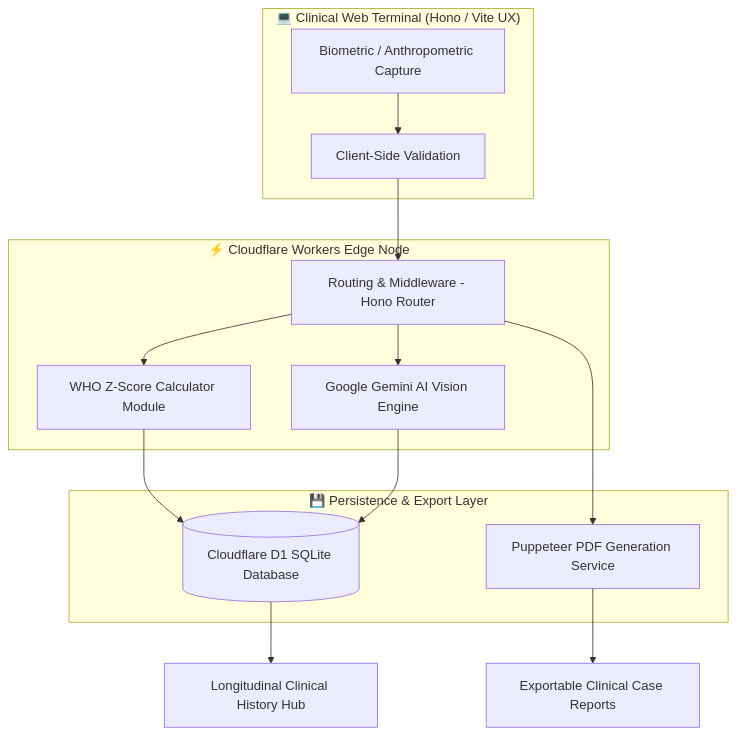
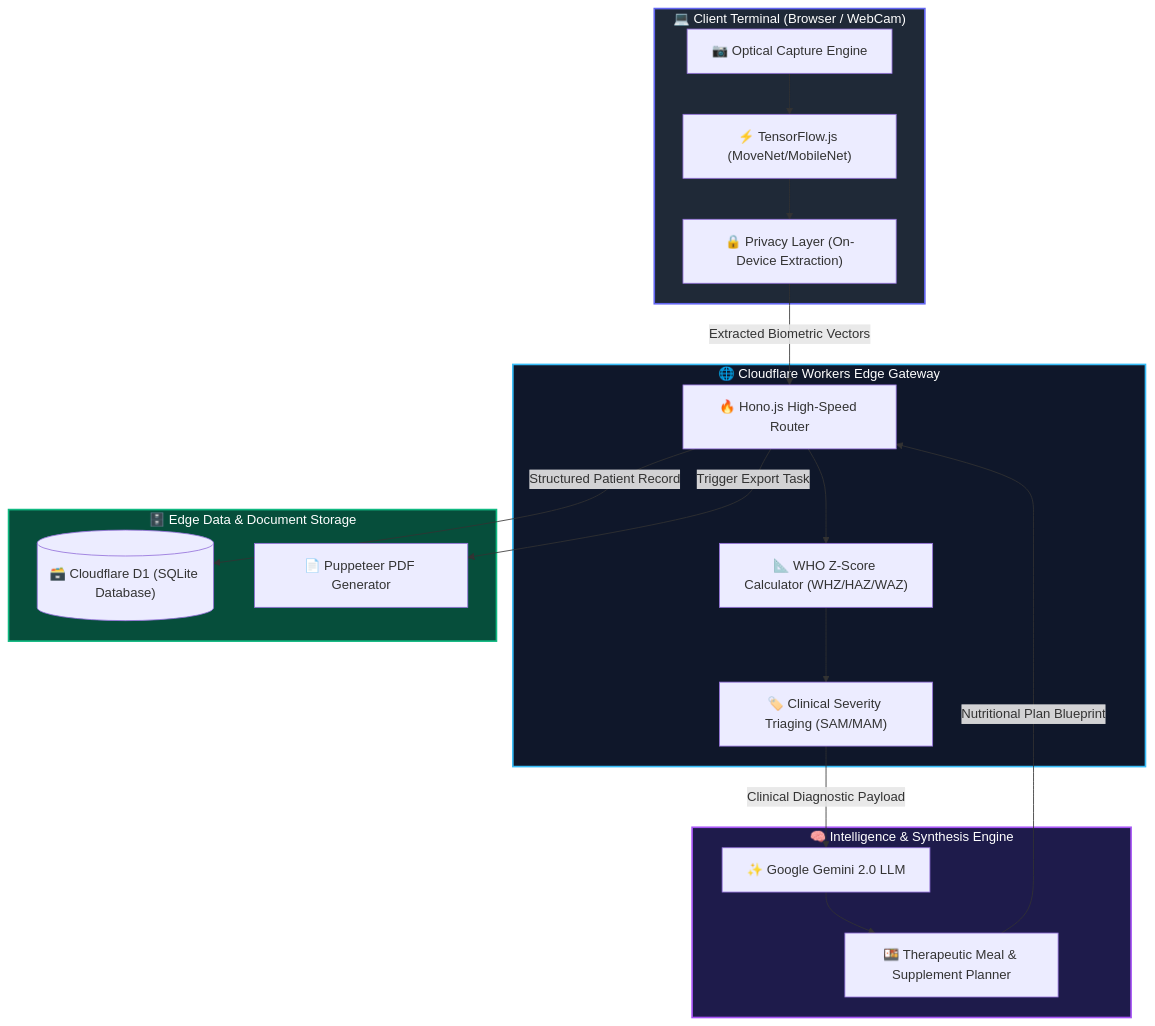
The diagram in README.md (vigneshaadepu/Nutriscan_AI), drawn with Mermaid before and after one commit. The commit also changed other lines of this file, not shown here.

````diff
--- a/README.md
+++ b/README.md
@@ -82,20 +95,44 @@
 ```mermaid
 flowchart TD
-    subgraph Client["💻 Clinical Web Terminal (Hono / Vite UX)"]
-        A[Biometric / Anthropometric Capture] --> B[Client-Side Validation]
+    %% Styling Definitions
+    classDef client fill:#1f2937,stroke:#6366f1,stroke-width:2px,color:#fff;
+    classDef edge fill:#0f172a,stroke:#38bdf8,stroke-width:2px,color:#fff;
+    classDef ai fill:#1e1b4b,stroke:#a855f7,stroke-width:2px,color:#fff;
+    classDef db fill:#064e3b,stroke:#10b981,stroke-width:2px,color:#fff;
+
+    subgraph Client ["💻 Client Terminal (Browser / WebCam)"]
+        Cam["📷 Optical Capture Engine"]
+        TFJS["⚡ TensorFlow.js (MoveNet/MobileNet)"]
+        Priv["🔒 Privacy Layer (On-Device Extraction)"]
+        Cam --> TFJS --> Priv
     end
 
-    subgraph Edge["⚡ Cloudflare Workers Edge Node"]
-        B --> C[Routing & Middleware - Hono Router]
-        C --> D1[WHO Z-Score Calculator Module]
-        C --> D2[Google Gemini AI Vision Engine]
+    subgraph Edge ["🌐 Cloudflare Workers Edge Gateway"]
+        Hono["🔥 Hono.js High-Speed Router"]
+        ZEngine["📐 WHO Z-Score Calculator (WHZ/HAZ/WAZ)"]
+        Triage["🏷️ Clinical Severity Triaging (SAM/MAM)"]
+        Hono --> ZEngine --> Triage
     end
 
-    subgraph Data["💾 Persistence & Export Layer"]
-        D1 & D2 --> E[(Cloudflare D1 SQLite Database)]
-        C --> F[Puppeteer PDF Generation Service]
+    subgraph AI ["🧠 Intelligence & Synthesis Engine"]
+        Gemini["✨ Google Gemini 2.0 LLM"]
+        DietGen["🍱 Therapeutic Meal & Supplement Planner"]
+        Gemini --> DietGen
     end
 
-    E --> G[Longitudinal Clinical History Hub]
-    F --> H[Exportable Clinical Case Reports]
+    subgraph Persistence ["🗄️ Edge Data & Document Storage"]
+        D1[("🗃️ Cloudflare D1 (SQLite Database)")]
+        Puppeteer["📄 Puppeteer PDF Generator"]
+    end
+
+    Priv -->|Extracted Biometric Vectors| Hono
+    Triage -->|Clinical Diagnostic Payload| Gemini
+    DietGen -->|Nutritional Plan Blueprint| Hono
+    Hono -->|Structured Patient Record| D1
+    Hono -->|Trigger Export Task| Puppeteer
+
+    class Client client;
+    class Edge edge;
+    class AI ai;
+    class Persistence db;
 ```
````
